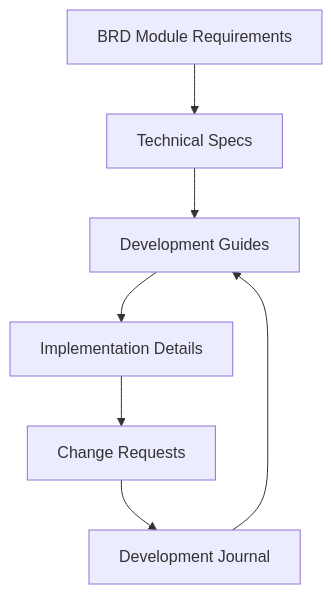
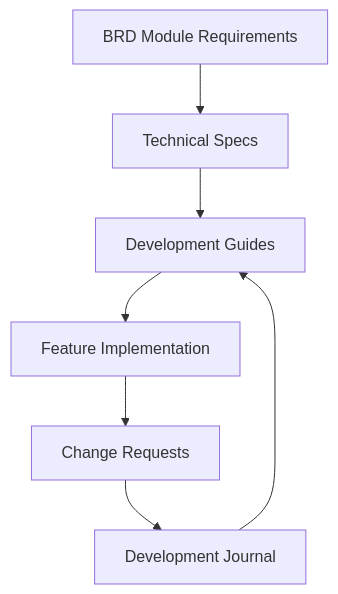
The diagram in docs/README.md (axjasf/NeverEatAlone), drawn with Mermaid before and after one commit. The commit also changed other lines of this file and 37 other files, not shown here.

Commit message:
docs: reorganize guides and fix documentation references - Move guides to top-level docs/guides/, update all documentation references, fix directory structure in READMEs, update documentation flow to match current structure

````diff
--- a/docs/README.md
+++ b/docs/README.md
@@ -48,9 +41,9 @@
 ```mermaid
 graph TD
     A[BRD Module Requirements] --> B[Technical Specs]
     B --> C[Development Guides]
-    C --> D[Implementation Details]
+    C --> D[Feature Implementation]
     D --> E[Change Requests]
     E --> F[Development Journal]
     F --> C
 ```
````
